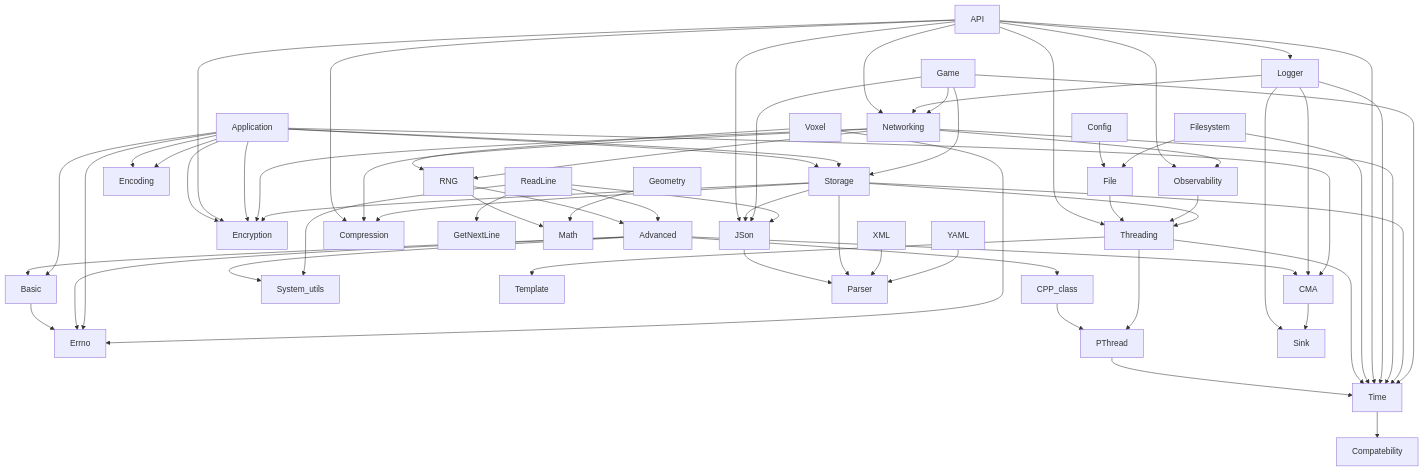
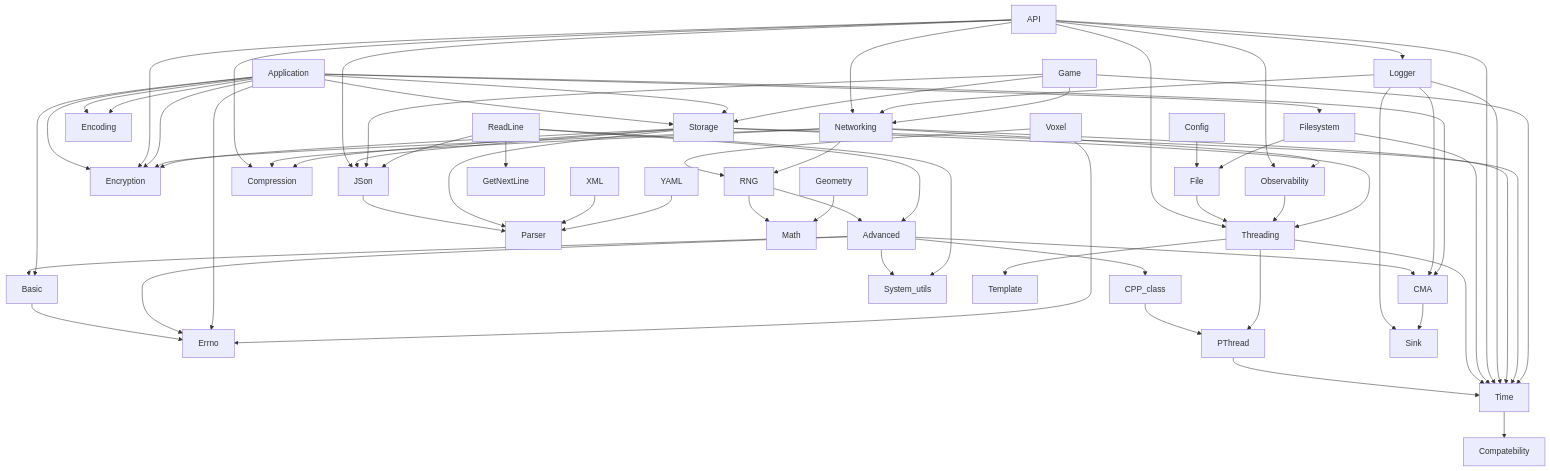
One commit to Adyem/Libft changed the diagram in Docs/module_dependency_graph.md. Above: the diagram before and after it, drawn with Mermaid. The commit also changed other lines of this file and 9 other files, not shown here.

````diff
--- a/Docs/module_dependency_graph.md
+++ b/Docs/module_dependency_graph.md
@@ -94,69 +94,70 @@
 ```mermaid
 graph TD
     Basic --> Errno
     Advanced --> Basic
     Advanced --> CPP_class
     Advanced --> CMA
     Advanced --> Errno
     Advanced --> System_utils
     CPP_class --> PThread
     PThread --> Time
     Threading --> PThread
     Threading --> Template
     Threading --> Time
     Time --> Compatebility
     Configuration[Config] --> File
     API --> Threading
     Application --> Storage
     Application --> Encryption
     Application --> Encoding
     File --> Threading
     Filesystem --> File
     Filesystem --> Time
     JSon --> Parser
     API --> Compression
     API --> Encryption
     API --> JSon
     API --> Logger
     Logger --> CMA
     API --> Networking
     API --> Observability
     API --> Time
     Application --> Basic
     Application --> CMA
     Application --> Errno
     Application --> Encoding
     Application --> Encryption
+    Application --> Filesystem
     Application --> Storage
     Observability --> Threading
     Logger --> Sink
     CMA --> Sink
     Logger --> Networking
     Logger --> Time
     Voxel --> Errno
     Voxel --> RNG
     RNG --> Advanced
     Networking --> Compression
     Networking --> Encryption
     Networking --> Observability
     Networking --> RNG
     Networking --> Time
     Storage --> Compression
     Storage --> Encryption
     Storage --> JSon
     Storage --> Parser
     Storage --> Time
     Storage --> Threading
     Game --> JSon
     Game --> Networking
     Game --> Storage
     Game --> Time
     ReadLine --> Advanced
     ReadLine --> GetNextLine
     ReadLine --> JSon
     ReadLine --> System_utils
     RNG --> Math
     Geometry --> Math
     XML --> Parser
     YAML --> Parser
 ```
````
